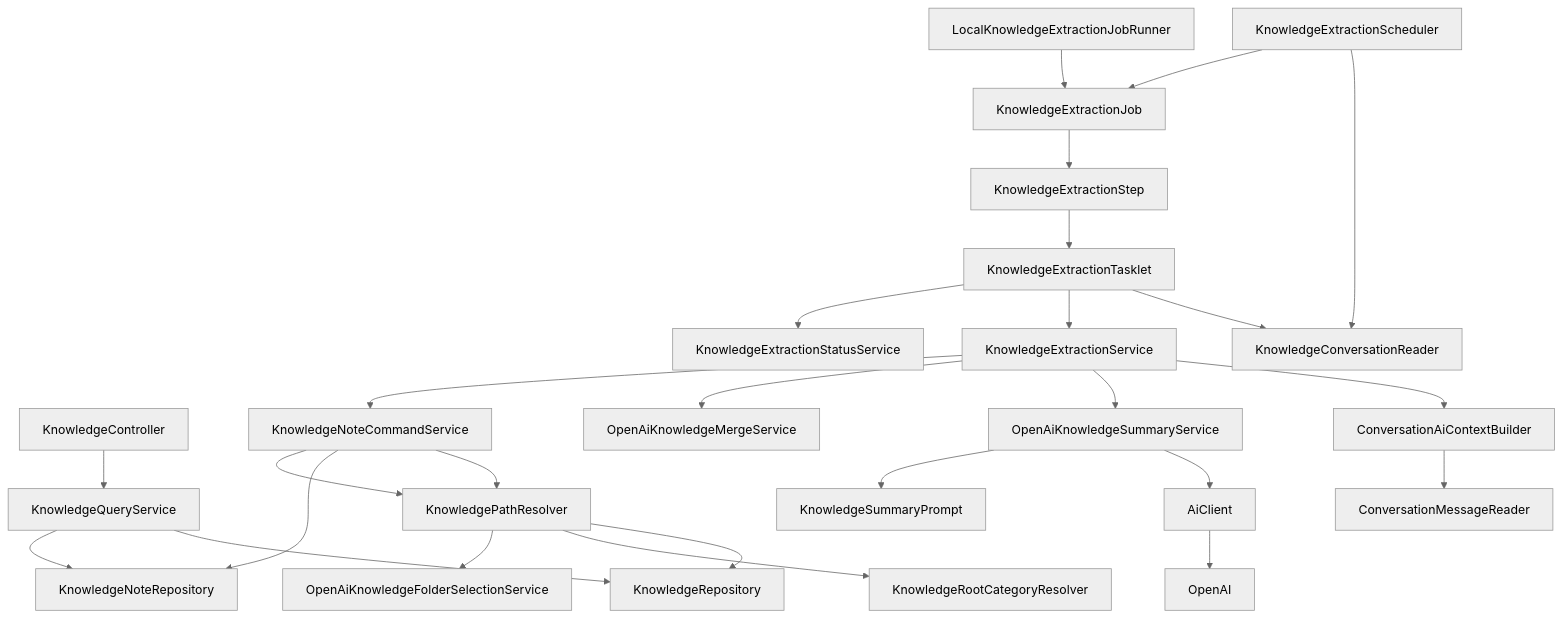
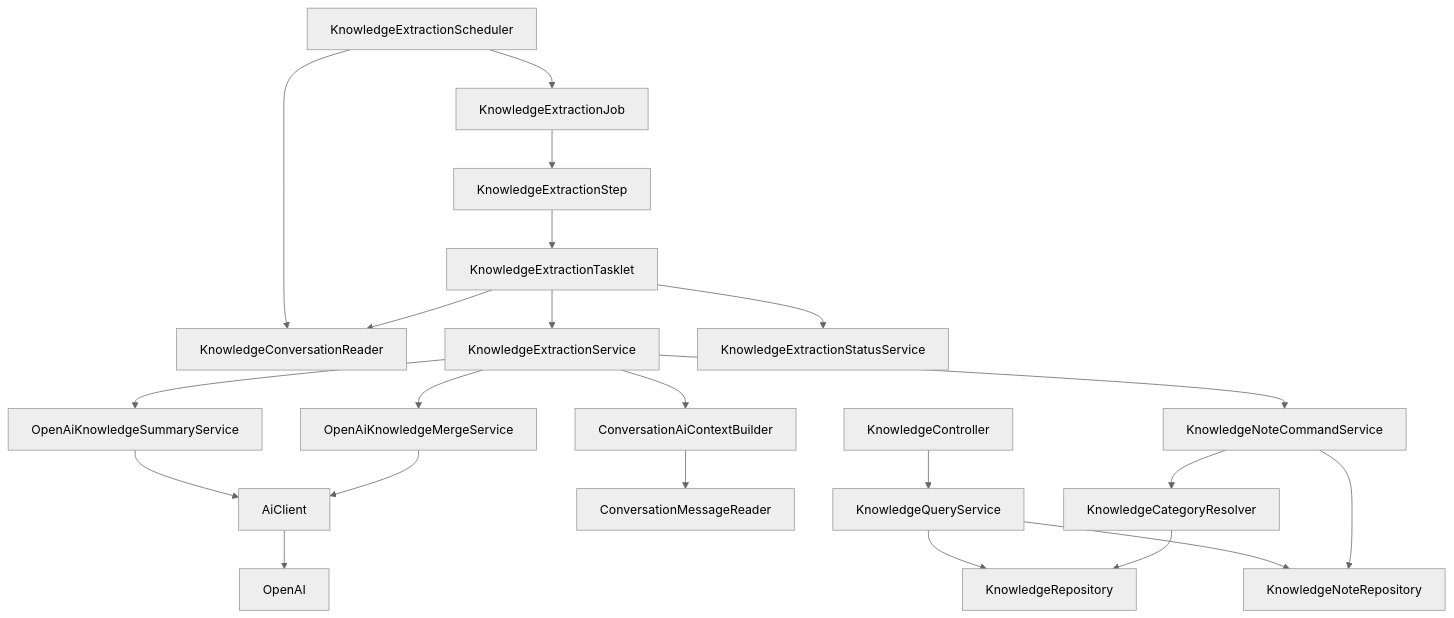
Before and after one commit to keunoh/feldbuch: the fourth of 5 diagrams in docs/FELDBUCH_DEVELOPMENT_DOCUMENTATION.md, drawn with Mermaid (neutral theme). The commit also changed other lines of this file and 5 other files, not shown here.

````diff
--- a/docs/FELDBUCH_DEVELOPMENT_DOCUMENTATION.md
+++ b/docs/FELDBUCH_DEVELOPMENT_DOCUMENTATION.md
@@ -247,31 +206,25 @@
 ```mermaid
 flowchart TD
     KnowledgeController --> KnowledgeQueryService
     KnowledgeQueryService --> KnowledgeRepository
     KnowledgeQueryService --> KnowledgeNoteRepository
 
-    OpenAiKnowledgeSummaryService --> AiClient
-    OpenAiKnowledgeSummaryService --> KnowledgeSummaryPrompt
-    AiClient --> OpenAI
-
-    KnowledgeNoteCommandService --> KnowledgePathResolver
-    KnowledgePathResolver --> KnowledgeRepository
-    KnowledgeNoteCommandService --> KnowledgeNoteRepository
-
     KnowledgeExtractionScheduler --> KnowledgeConversationReader
     KnowledgeExtractionScheduler --> KnowledgeExtractionJob
-    LocalKnowledgeExtractionJobRunner --> KnowledgeExtractionJob
     KnowledgeExtractionJob --> KnowledgeExtractionStep
     KnowledgeExtractionStep --> KnowledgeExtractionTasklet
     KnowledgeExtractionTasklet --> KnowledgeConversationReader
     KnowledgeExtractionTasklet --> KnowledgeExtractionService
     KnowledgeExtractionTasklet --> KnowledgeExtractionStatusService
     KnowledgeExtractionService --> ConversationAiContextBuilder
     ConversationAiContextBuilder --> ConversationMessageReader
     KnowledgeExtractionService --> OpenAiKnowledgeSummaryService
     KnowledgeExtractionService --> OpenAiKnowledgeMergeService
     KnowledgeExtractionService --> KnowledgeNoteCommandService
-    KnowledgeNoteCommandService --> KnowledgePathResolver
-    KnowledgePathResolver --> KnowledgeRootCategoryResolver
-    KnowledgePathResolver --> OpenAiKnowledgeFolderSelectionService
+    KnowledgeNoteCommandService --> KnowledgeCategoryResolver
+    KnowledgeCategoryResolver --> KnowledgeRepository
+    KnowledgeNoteCommandService --> KnowledgeNoteRepository
+    OpenAiKnowledgeSummaryService --> AiClient
+    OpenAiKnowledgeMergeService --> AiClient
+    AiClient --> OpenAI
 ```
````
